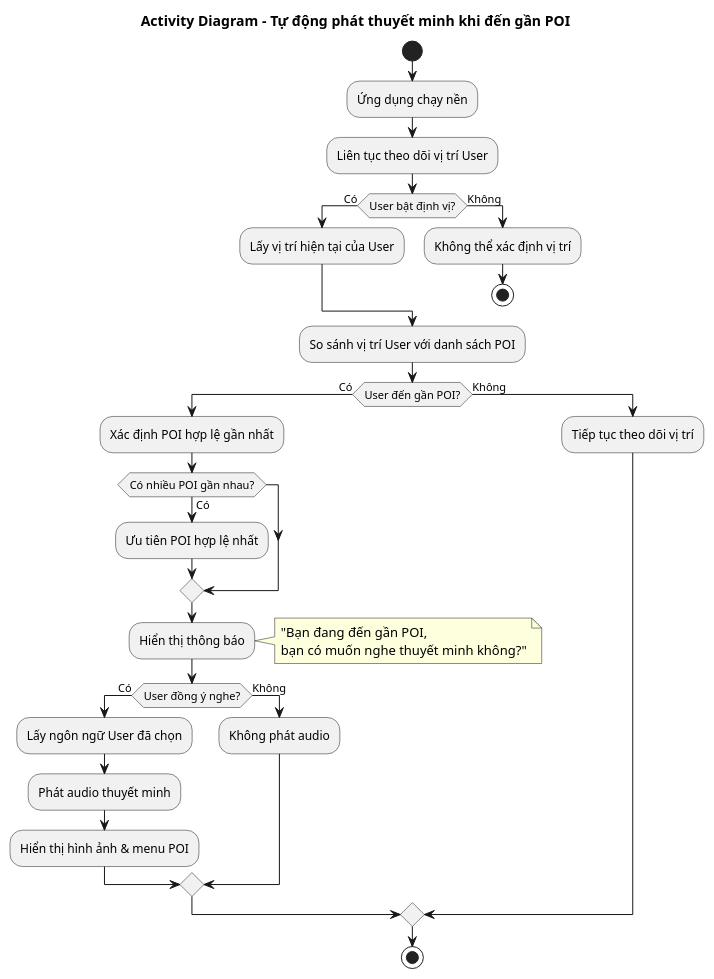
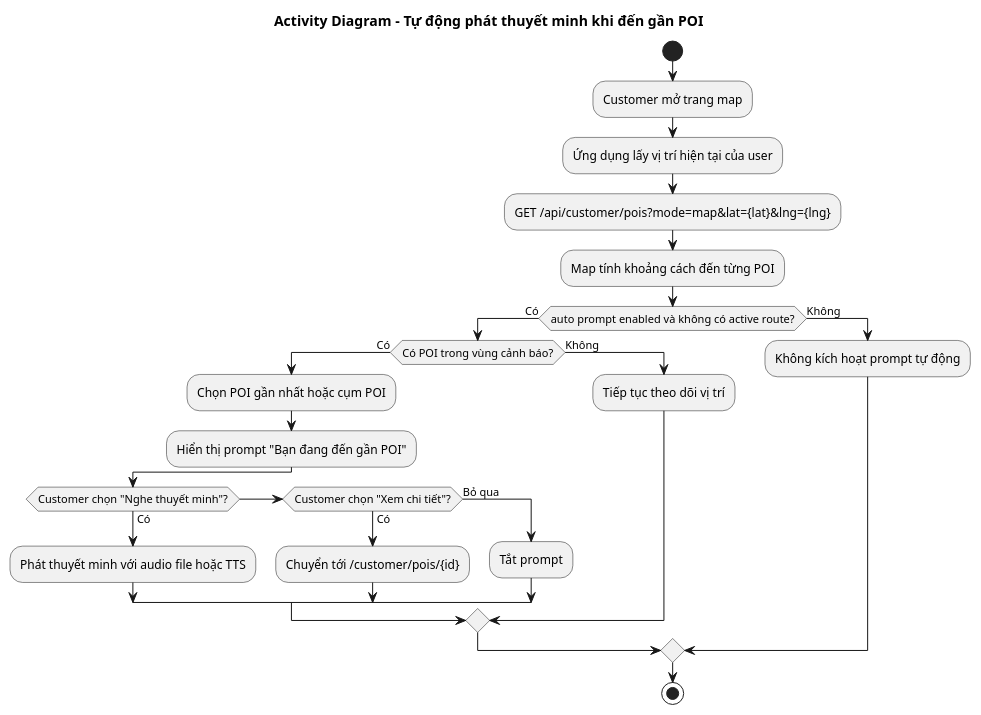
The diagram in ActivityDiagram/TuDongPhatThuyetMinh.puml (Quin19FD/foodstreet-guide-platform), drawn with PlantUML before and after one commit. The commit also changed 16 other files, not shown here.

Commit message:
feat: update uml diagrams

```diff
--- a/ActivityDiagram/TuDongPhatThuyetMinh.puml
+++ b/ActivityDiagram/TuDongPhatThuyetMinh.puml
@@ -1,45 +1,33 @@
 @startuml
 title Activity Diagram - Tự động phát thuyết minh khi đến gần POI
 
 start
 
-:Ứng dụng chạy nền;
-:Liên tục theo dõi vị trí User;
+:Customer mở trang map;
+:Ứng dụng lấy vị trí hiện tại của user;
+:GET /api/customer/pois?mode=map&lat={lat}&lng={lng};
 
-if (User bật định vị?) then (Có)
-    :Lấy vị trí hiện tại của User;
+:Map tính khoảng cách đến từng POI;
+
+if (auto prompt enabled và không có active route?) then (Có)
+    if (Có POI trong vùng cảnh báo?) then (Có)
+        :Chọn POI gần nhất hoặc cụm POI;
+        :Hiển thị prompt "Bạn đang đến gần POI";
+
+        if (Customer chọn "Nghe thuyết minh"?) then (Có)
+            :Phát thuyết minh với audio file hoặc TTS;
+        elseif (Customer chọn "Xem chi tiết"?) then (Có)
+            :Chuyển tới /customer/pois/{id};
+        else (Bỏ qua)
+            :Tắt prompt;
+        endif
+    else (Không)
+        :Tiếp tục theo dõi vị trí;
+    endif
 else (Không)
-    :Không thể xác định vị trí;
-    stop
-endif
-
-:So sánh vị trí User với danh sách POI;
-
-if (User đến gần POI?) then (Có)
-
-    :Xác định POI hợp lệ gần nhất;
-
-    if (Có nhiều POI gần nhau?) then (Có)
-        :Ưu tiên POI hợp lệ nhất;
-    endif
-
-    :Hiển thị thông báo;
-    note right
-      "Bạn đang đến gần POI,
-      bạn có muốn nghe thuyết minh không?"
-    end note
-
-    if (User đồng ý nghe?) then (Có)
-        :Lấy ngôn ngữ User đã chọn;
-        :Phát audio thuyết minh;
-        :Hiển thị hình ảnh & menu POI;
-    else (Không)
-        :Không phát audio;
-    endif
-
-else (Không)
-    :Tiếp tục theo dõi vị trí;
+    :Không kích hoạt prompt tự động;
 endif
 
 stop
+
 @enduml
```
